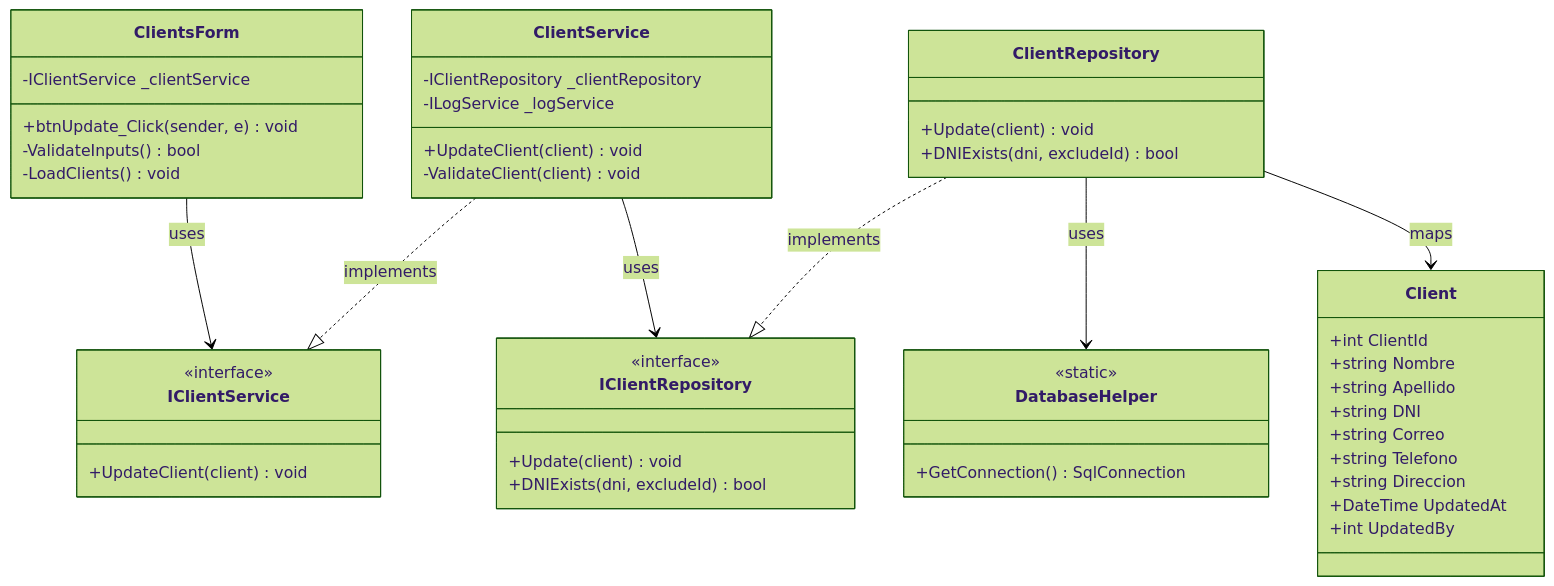
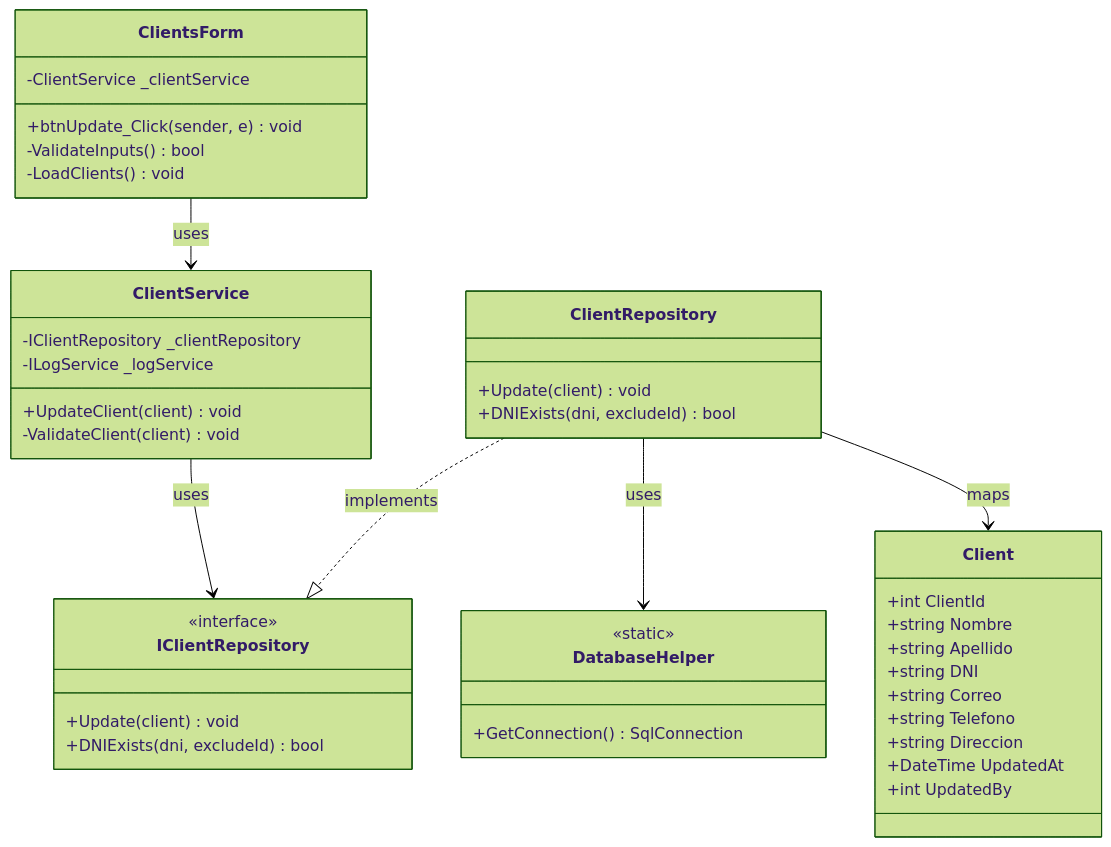
One commit to nahuk86/tp_diploma_nk_2026 changed diagram 11 of 12 in Documentation/UML_Diagrams/17_Clients_UseCases.md. Above: the diagram before and after it, drawn with Mermaid (forest theme). The commit also changed other lines of this file and 5 other files, not shown here.

First line of the commit message:
Fix UML documentation: remove non-existent BLL service interfaces

````diff
--- a/Documentation/UML_Diagrams/17_Clients_UseCases.md
+++ b/Documentation/UML_Diagrams/17_Clients_UseCases.md
@@ -421,56 +391,51 @@
 ```mermaid
 classDiagram
     class ClientsForm {
-        -IClientService _clientService
+        -ClientService _clientService
         +btnUpdate_Click(sender, e) void
         -ValidateInputs() bool
         -LoadClients() void
     }
 
-    class IClientService {
-        <<interface>>
-        +UpdateClient(client) void
-    }
 
     class ClientService {
         -IClientRepository _clientRepository
         -ILogService _logService
         +UpdateClient(client) void
         -ValidateClient(client) void
     }
 
     class IClientRepository {
         <<interface>>
         +Update(client) void
         +DNIExists(dni, excludeId) bool
     }
 
     class ClientRepository {
         +Update(client) void
         +DNIExists(dni, excludeId) bool
     }
 
     class DatabaseHelper {
         <<static>>
         +GetConnection() SqlConnection
     }
 
     class Client {
         +int ClientId
         +string Nombre
         +string Apellido
         +string DNI
         +string Correo
         +string Telefono
         +string Direccion
         +DateTime UpdatedAt
         +int UpdatedBy
     }
 
-    ClientsForm --> IClientService : uses
-    ClientService ..|> IClientService : implements
+    ClientsForm --> ClientService : uses
     ClientService --> IClientRepository : uses
     ClientRepository ..|> IClientRepository : implements
     ClientRepository --> DatabaseHelper : uses
     ClientRepository --> Client : maps
 ```
````
